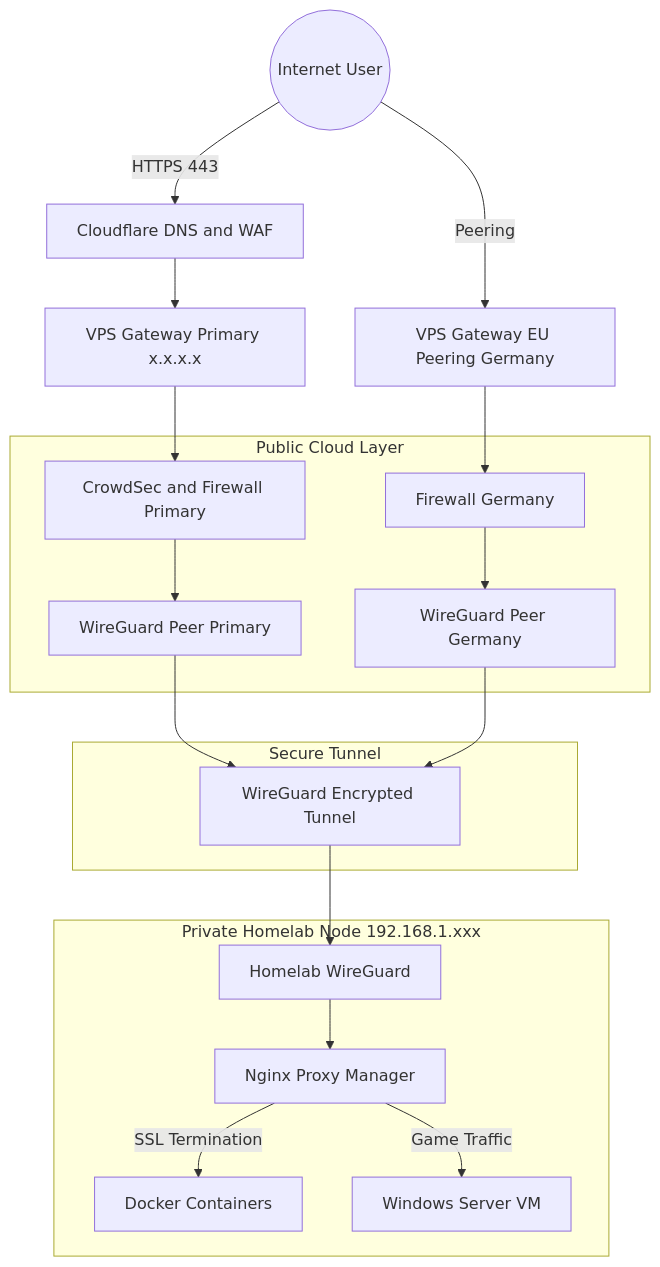
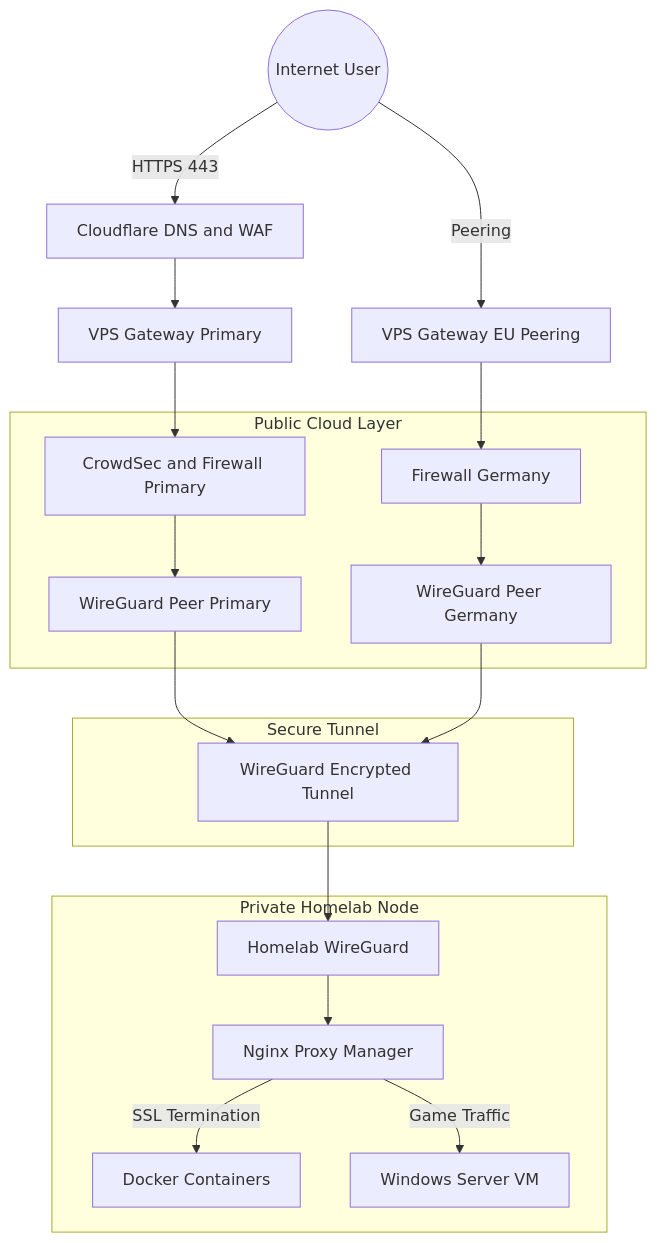
One commit to gorevyoneticisi/Enterprise-Homelab-Infrastructure changed the diagram in README.md. Above: the diagram before and after it, drawn with Mermaid.

Commit message:
Fix traffic flow diagram: remove comments, fix subgraph syntax, clean placeholders

````diff
--- a/README.md
+++ b/README.md
@@ -101,41 +101,39 @@
 ```mermaid
 graph TD
-    %% Nodes
     U((Internet User))
     CF[Cloudflare DNS and WAF]
-    VPS1[VPS Gateway Primary x.x.x.x]
-    VPS2[VPS Gateway EU Peering Germany]
+    VPS1[VPS Gateway Primary]
+    VPS2[VPS Gateway EU Peering]
 
-    subgraph PCL[Public Cloud Layer]
+    subgraph Public Cloud Layer
         FW1[CrowdSec and Firewall Primary]
-        WG1[WireGuard Peer Primary <VPS_WG_IP>]
+        WG1[WireGuard Peer Primary]
         FW2[Firewall Germany]
         WG2[WireGuard Peer Germany]
     end
 
-    subgraph TUN[Secure Tunnel]
+    subgraph Secure Tunnel
         WGL[WireGuard Encrypted Tunnel]
     end
 
-    subgraph HOME[Private Homelab Node 192.168.1.xxx]
-        WGH[Homelab WireGuard <HOMELAB_WG_IP>]
+    subgraph Private Homelab Node
+        WGH[Homelab WireGuard]
         NPM[Nginx Proxy Manager]
         DOCK[Docker Containers]
         KVM[Windows Server VM]
     end
 
-    %% Connections
     U -->|HTTPS 443| CF
     CF --> VPS1
     VPS1 --> FW1 --> WG1
 
     U -->|Peering| VPS2
     VPS2 --> FW2 --> WG2
 
     WG1 --> WGL --> WGH
     WG2 --> WGL
 
     WGH --> NPM
     NPM -->|SSL Termination| DOCK
     NPM -->|Game Traffic| KVM
 ```
````
